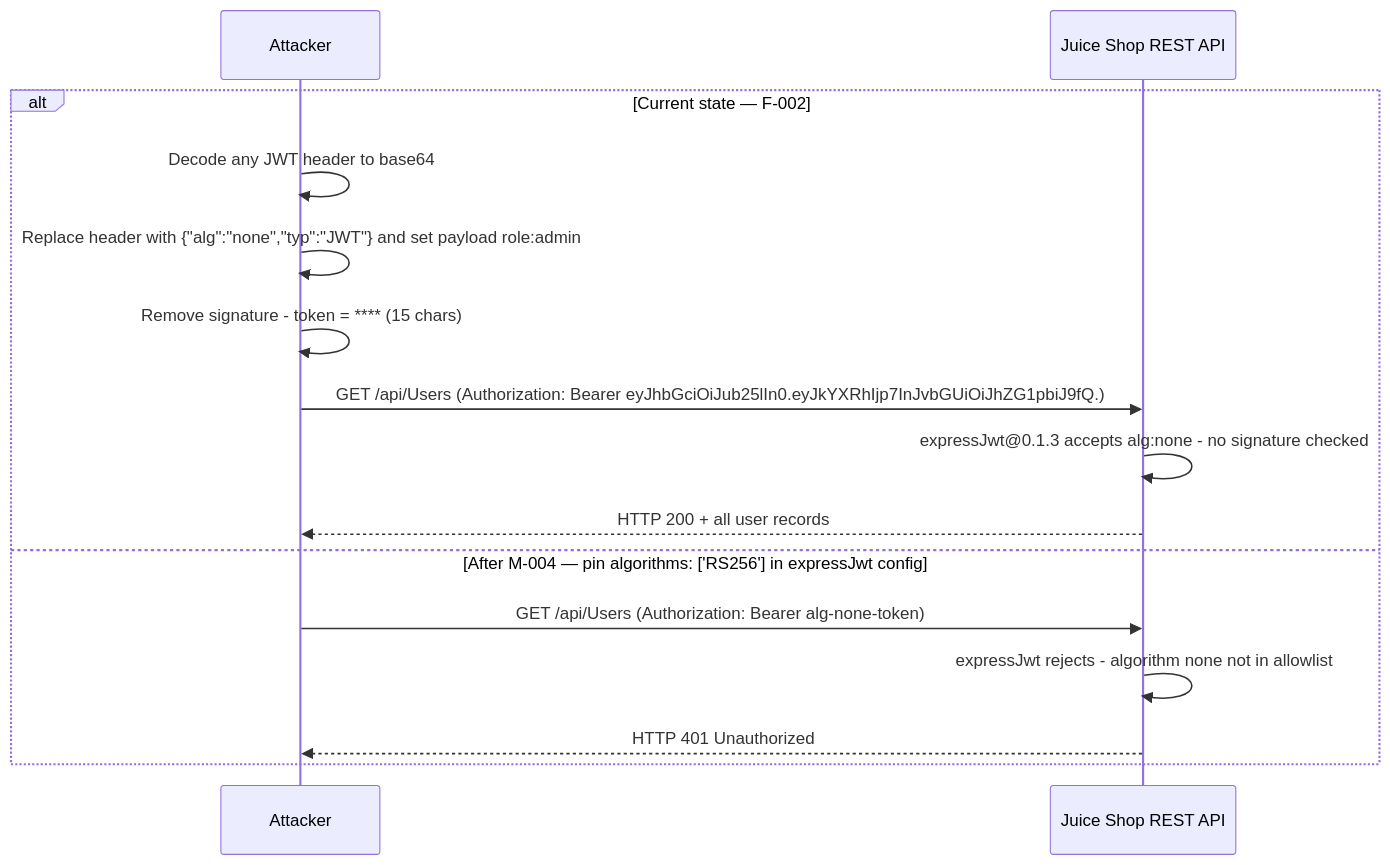
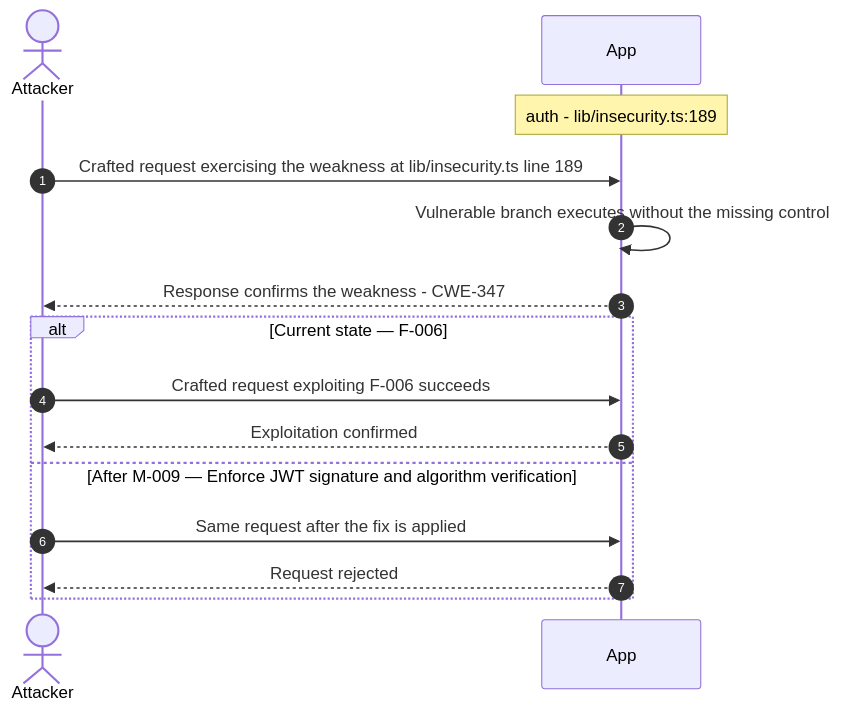
Before and after one commit to appsec-foundry/appsec-advisor: the tenth of 21 diagrams in examples/threat-modeler/threat-model-juice-shop-standard.md, drawn with Mermaid. The commit also changed other lines of this file and 2 other files, not shown here.

````diff
--- a/examples/threat-modeler/threat-model-juice-shop-standard.md
+++ b/examples/threat-modeler/threat-model-juice-shop-standard.md
@@ -745,18 +635,17 @@
 ```mermaid
 sequenceDiagram
-    participant A as Attacker
-    participant API as Juice Shop REST API
-
-    alt Current state — F-002
-        A->>A: Decode any JWT header to base64
-        A->>A: Replace header with {"alg":"none","typ":"JWT"} and set payload role:admin
-        A->>A: Remove signature - token = **** (15 chars)
-        A->>API: GET /api/Users (Authorization: Bearer eyJhbGciOiJub25lIn0.eyJkYXRhIjp7InJvbGUiOiJhZG1pbiJ9fQ.)
-        API->>API: expressJwt@0.1.3 accepts alg:none - no signature checked
-        API-->>A: HTTP 200 + all user records
-    else After M-004 — pin algorithms: ['RS256'] in expressJwt config
-        A->>API: GET /api/Users (Authorization: Bearer alg-none-token)
-        API->>API: expressJwt rejects - algorithm none not in allowlist
-        API-->>A: HTTP 401 Unauthorized
+    autonumber
+    actor Attacker
+    participant App
+    Note over App: auth - lib/insecurity.ts:189
+    Attacker->>App: Crafted request exercising the weakness at lib/insecurity.ts line 189
+    App->>App: Vulnerable branch executes without the missing control
+    App-->>Attacker: Response confirms the weakness - CWE-347
+    alt Current state — F-006
+        Attacker->>App: Crafted request exploiting F-006 succeeds
+        App-->>Attacker: Exploitation confirmed
+    else After M-009 — Enforce JWT signature and algorithm verification
+        Attacker->>App: Same request after the fix is applied
+        App-->>Attacker: Request rejected
     end
 ```
````
